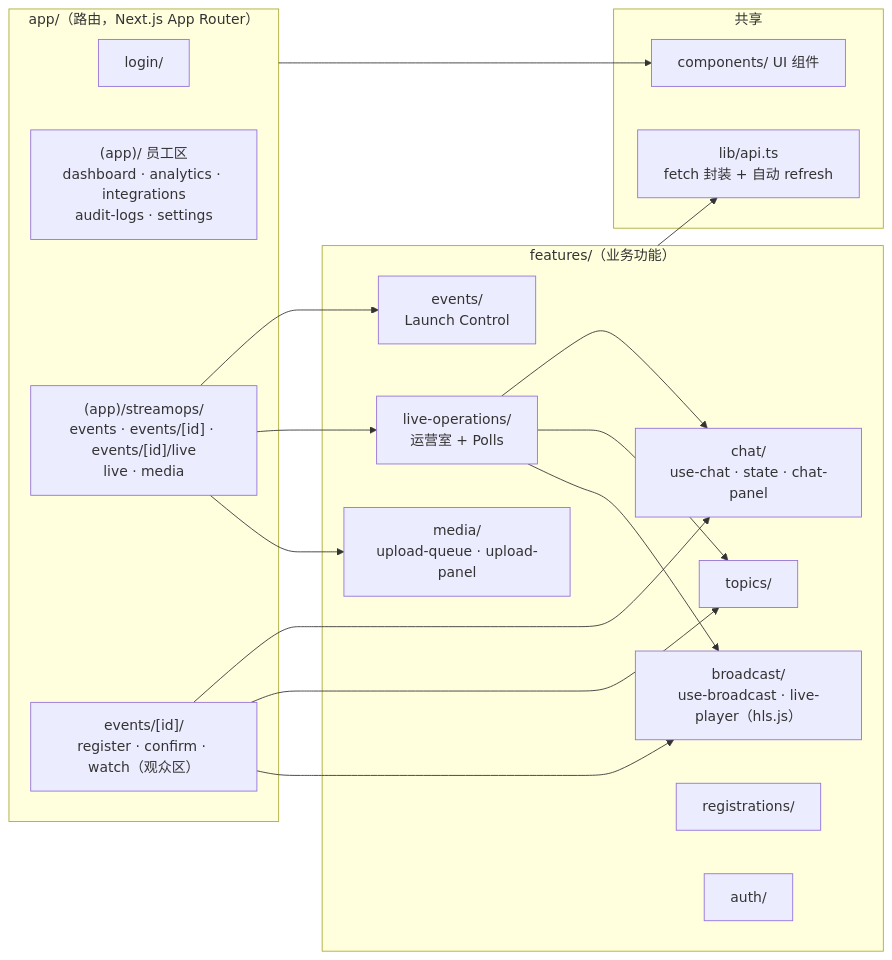
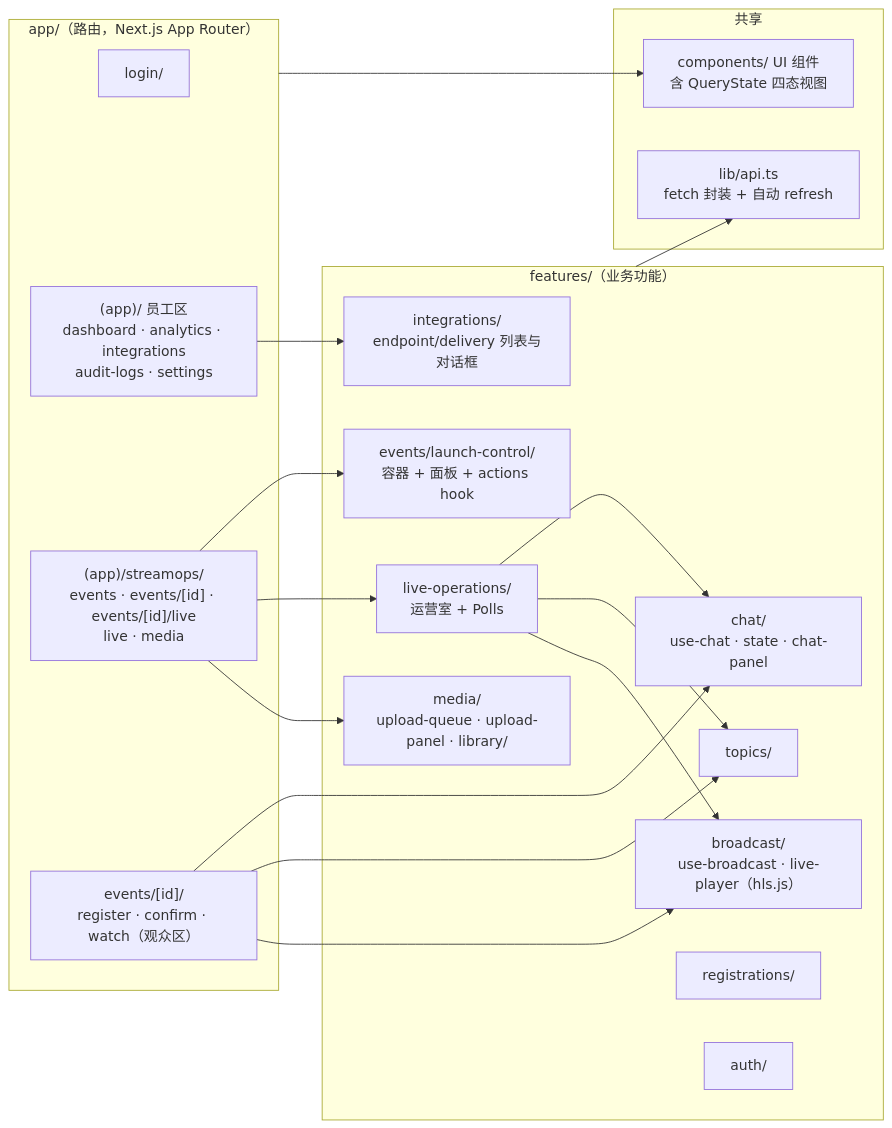
Before and after one commit to zhanru-dev/OpsPilot: the fifth of 9 diagrams in docs/learning/01-architecture.md, drawn with Mermaid. The commit also changed other lines of this file and 82 other files, not shown here.

````diff
--- a/docs/learning/01-architecture.md
+++ b/docs/learning/01-architecture.md
@@ -159,34 +159,36 @@
 ```mermaid
 flowchart LR
   subgraph Routes["app/（路由，Next.js App Router）"]
     Login["login/"]
     AppG["(app)/ 员工区<br/>dashboard · analytics · integrations<br/>audit-logs · settings"]
     SO["(app)/streamops/<br/>events · events/[id] · events/[id]/live<br/>live · media"]
     Pub["events/[id]/<br/>register · confirm · watch（观众区）"]
   end
   subgraph Features["features/（业务功能）"]
-    FE["events/<br/>Launch Control"]
+    FE["events/launch-control/<br/>容器 + 面板 + actions hook"]
     FLO["live-operations/<br/>运营室 + Polls"]
     FC["chat/<br/>use-chat · state · chat-panel"]
     FT["topics/"]
     FB["broadcast/<br/>use-broadcast · live-player（hls.js）"]
-    FM["media/<br/>upload-queue · upload-panel"]
+    FM["media/<br/>upload-queue · upload-panel · library/"]
+    FI["integrations/<br/>endpoint/delivery 列表与对话框"]
     FR["registrations/"]
     FA["auth/"]
   end
   subgraph Shared["共享"]
-    Comp["components/ UI 组件"]
+    Comp["components/ UI 组件<br/>含 QueryState 四态视图"]
     Lib["lib/api.ts<br/>fetch 封装 + 自动 refresh"]
   end
   SO --> FE
   SO --> FLO
   FLO --> FC
   FLO --> FT
   FLO --> FB
   Pub --> FC
   Pub --> FT
   Pub --> FB
   SO --> FM
+  AppG --> FI
   Features --> Lib
   Routes --> Comp
 ```
````
